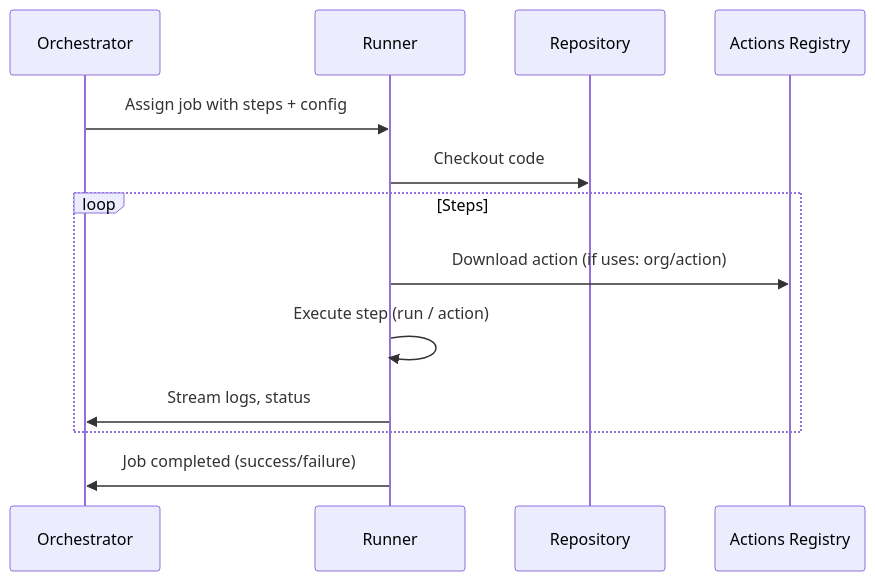
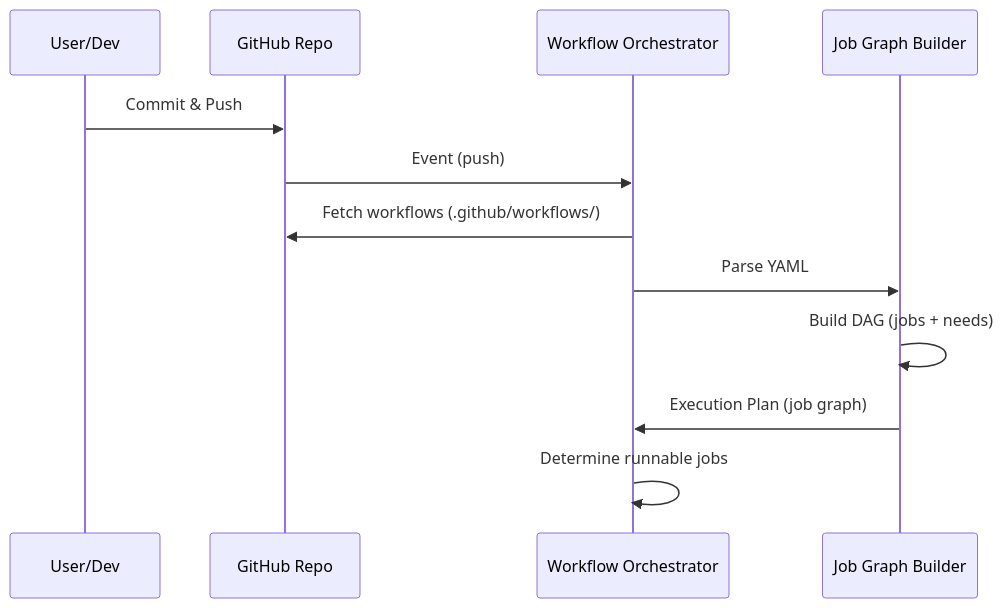
One commit to VishuKalier2003/System-Design-Components changed the eighth of 21 diagrams in Composite/S02-CompositeBuildGraph/case-studies/GitHub-Actions.md. Above: the diagram before and after it, drawn with Mermaid. The commit also changed other lines of this file, not shown here.

````diff
--- a/Composite/S02-CompositeBuildGraph/case-studies/GitHub-Actions.md
+++ b/Composite/S02-CompositeBuildGraph/case-studies/GitHub-Actions.md
@@ -321,15 +259,15 @@
 ```mermaid
 sequenceDiagram
-    participant ORCH as Orchestrator
-    participant RUN as Runner
-    participant GIT as Repository
-    participant ACTS as Actions Registry
-    ORCH->>RUN: Assign job with steps + config
-    RUN->>GIT: Checkout code
-    loop Steps
-        RUN->>ACTS: Download action (if uses: org/action)
-        RUN->>RUN: Execute step (run / action)
-        RUN->>ORCH: Stream logs, status
-    end
-    RUN->>ORCH: Job completed (success/failure)
+    participant User as User/Dev
+    participant Repo as GitHub Repo
+    participant Orchestrator as Workflow Orchestrator
+    participant Graph as Job Graph Builder
+
+    User->>Repo: Commit & Push
+    Repo->>Orchestrator: Event (push)
+    Orchestrator->>Repo: Fetch workflows (.github/workflows/)
+    Orchestrator->>Graph: Parse YAML
+    Graph->>Graph: Build DAG (jobs + needs)
+    Graph->>Orchestrator: Execution Plan (job graph)
+    Orchestrator->>Orchestrator: Determine runnable jobs
 ```
````
